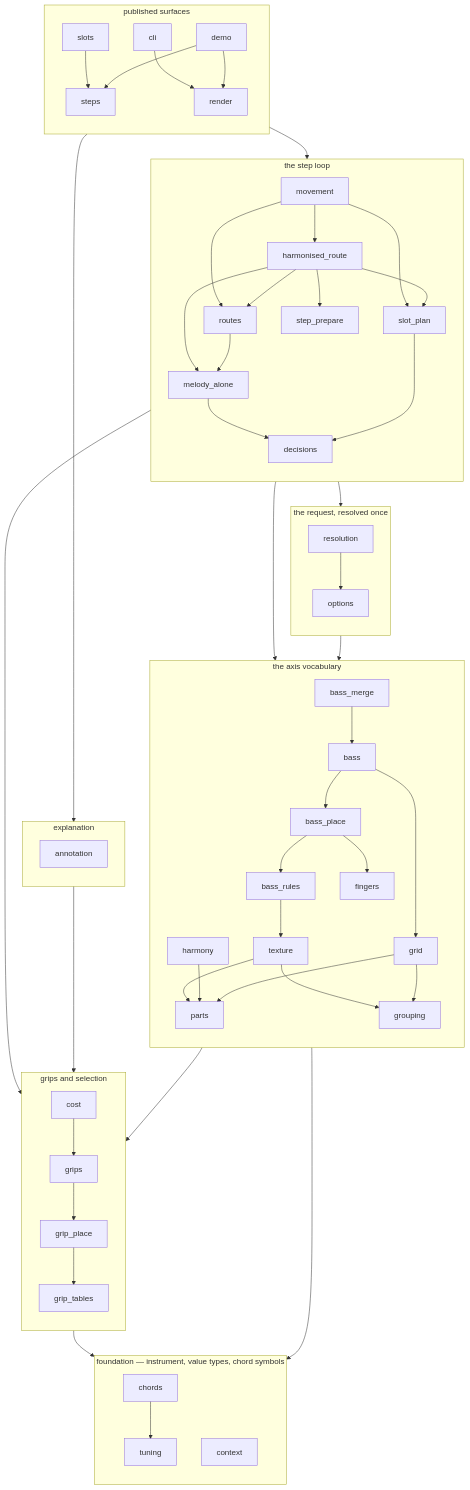
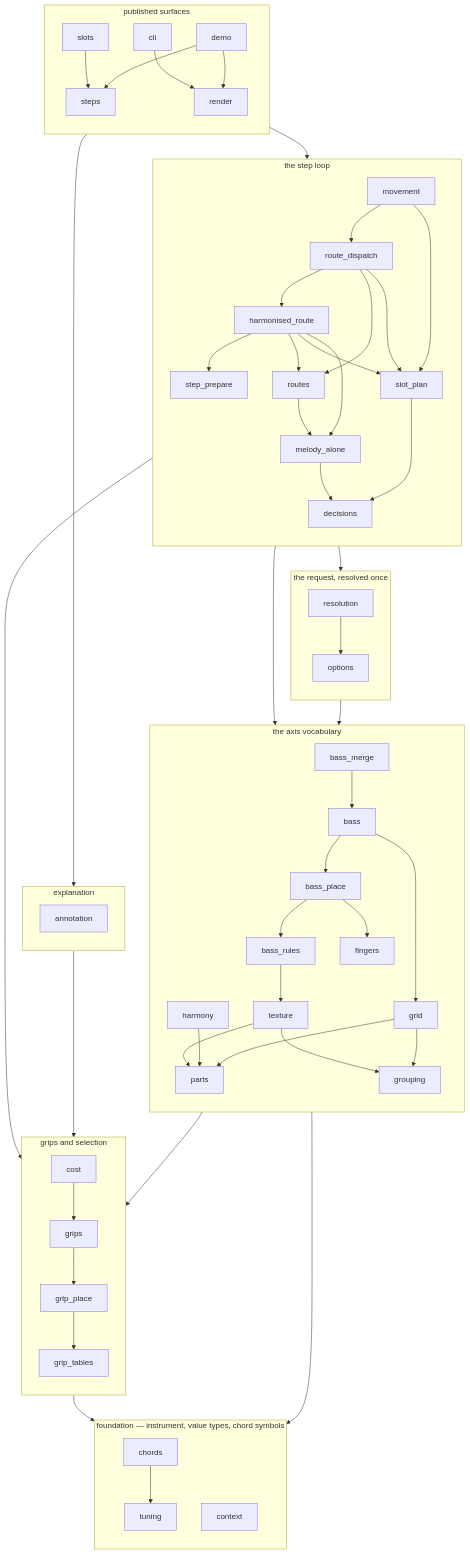
The first of 2 diagrams in docs/dependency-dag.md (jcundill/arranger), drawn with Mermaid before and after one commit. The commit also changed other lines of this file and 10 other files, not shown here.

```diff
--- a/docs/dependency-dag.md
+++ b/docs/dependency-dag.md
@@ -43,15 +43,18 @@
     subgraph layer_loop["the step loop"]
         direction TB
         movement["movement"]
+        route_dispatch["route_dispatch"]
         harmonised_route["harmonised_route"]
         step_prepare["step_prepare"]
         routes["routes"]
         slot_plan["slot_plan"]
         melody_alone["melody_alone"]
         decisions["decisions"]
-        movement --> harmonised_route
-        movement --> routes
+        movement --> route_dispatch
         movement --> slot_plan
+        route_dispatch --> harmonised_route
+        route_dispatch --> routes
+        route_dispatch --> slot_plan
         harmonised_route --> step_prepare
         harmonised_route --> routes
         harmonised_route --> slot_plan
```
